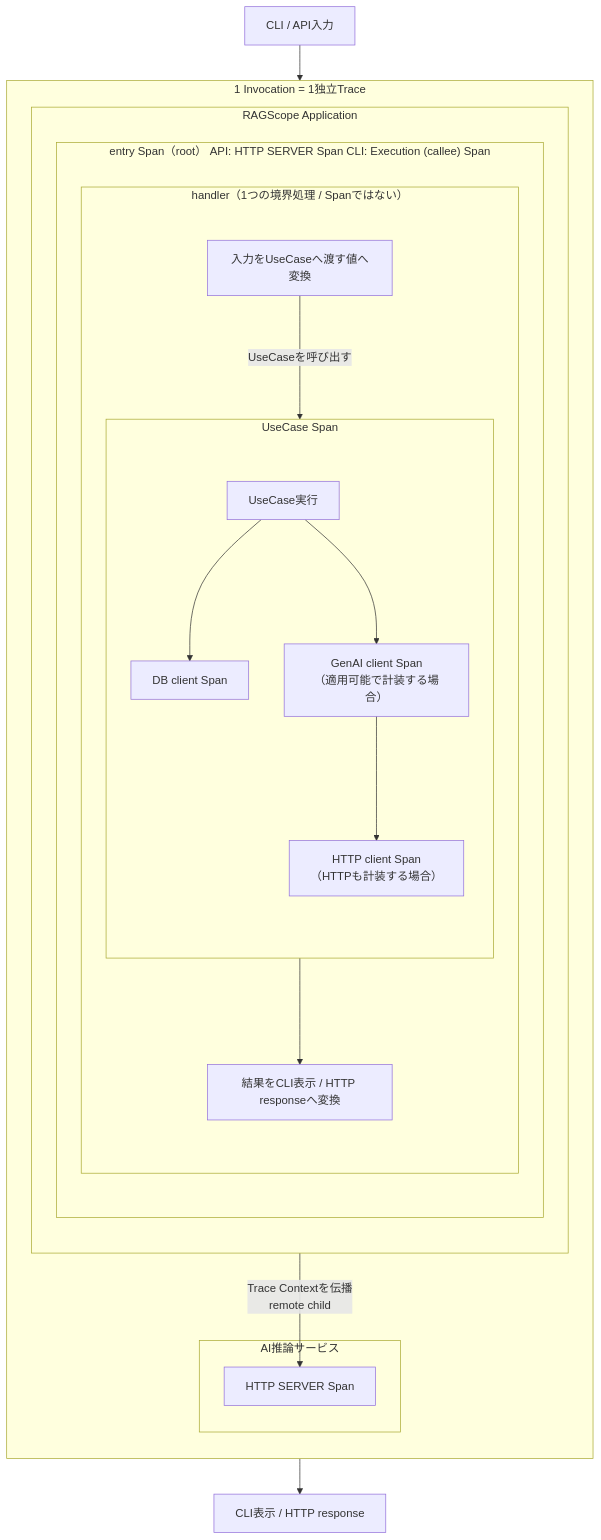
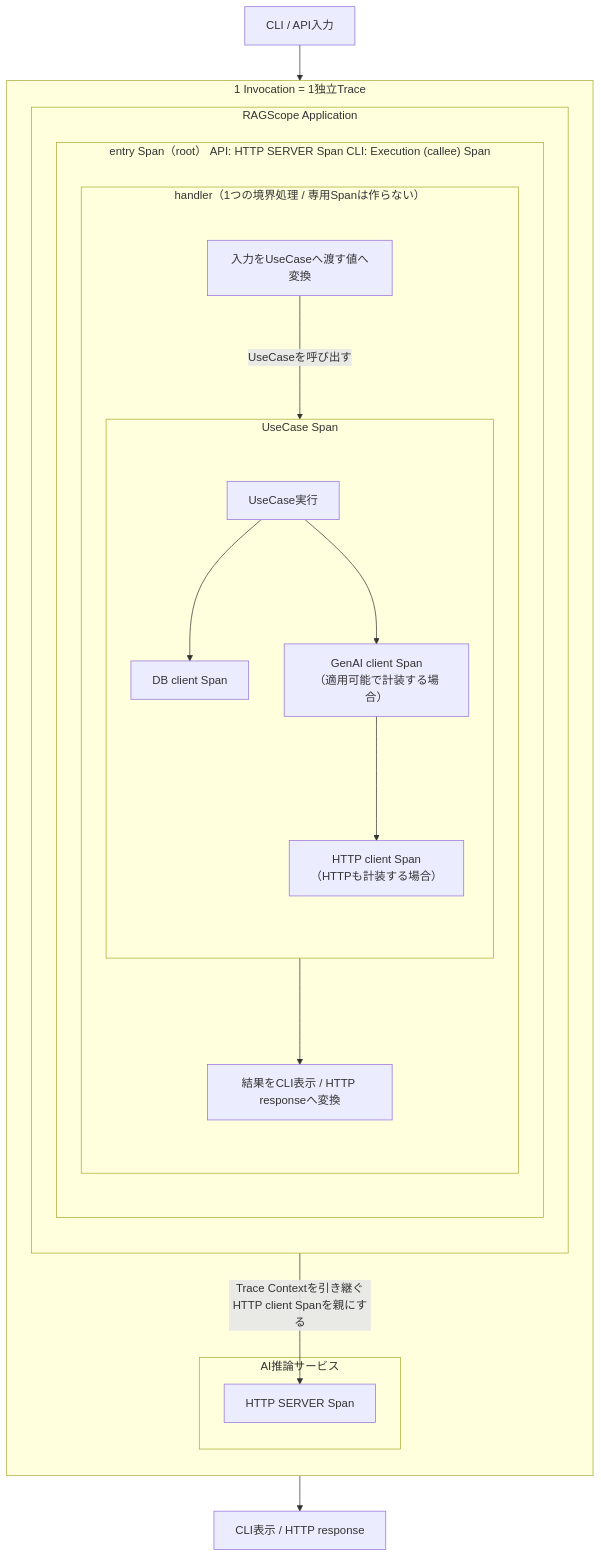
One commit to takashit16833/Workbench changed the diagram in Notes/RAGScope/RAGScopeアプリケーション/RS-0023 Trace設計メモ.md. Above: the diagram before and after it, drawn with Mermaid. The commit also changed other lines of this file, not shown here.

Commit message:
notes: make trace design prose explicit

````diff
--- a/Notes/RAGScope/RAGScopeアプリケーション/RS-0023 Trace設計メモ.md
+++ b/Notes/RAGScope/RAGScopeアプリケーション/RS-0023 Trace設計メモ.md
@@ -102,41 +103,41 @@
 ```mermaid
 flowchart TB
     INPUT["CLI / API入力"]
 
     subgraph TRACE["1 Invocation = 1独立Trace"]
         direction TB
 
         subgraph APP["RAGScope Application"]
             direction TB
 
             subgraph ENTRY["entry Span（root） API: HTTP SERVER Span CLI: Execution (callee) Span"]
                 direction TB
 
-                subgraph HANDLER["handler（1つの境界処理 / Spanではない）"]
+                subgraph HANDLER["handler（1つの境界処理 / 専用Spanは作らない）"]
                     direction TB
                     HIN["入力をUseCaseへ渡す値へ変換"]
 
                     subgraph UCSPAN["UseCase Span"]
                         direction TB
                         UC["UseCase実行"]
                         UC --> DB["DB client Span"]
                         UC --> GENAI["GenAI client Span<br>（適用可能で計装する場合）"]
                         GENAI --> AI_REQ["HTTP client Span<br>（HTTPも計装する場合）"]
                     end
 
                     HIN -->|"UseCaseを呼び出す"| UC
                     UC --> HOUT["結果をCLI表示 / HTTP responseへ変換"]
                 end
             end
         end
 
         subgraph AISVC["AI推論サービス"]
             AI_SERVER["HTTP SERVER Span"]
         end
 
-        AI_REQ -->|"Trace Contextを伝播<br>remote child"| AI_SERVER
+        AI_REQ -->|"Trace Contextを引き継ぐ<br>HTTP client Spanを親にする"| AI_SERVER
     end
 
     INPUT --> HIN
     HOUT --> OUTPUT["CLI表示 / HTTP response"]
 ```
````
